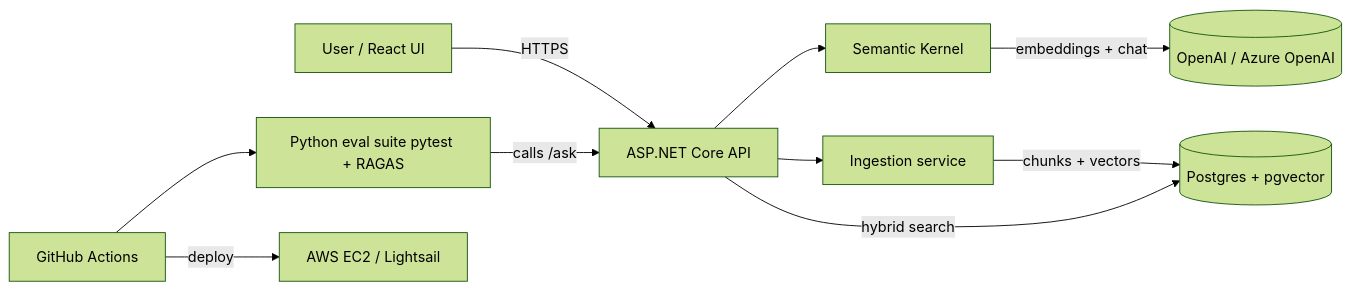
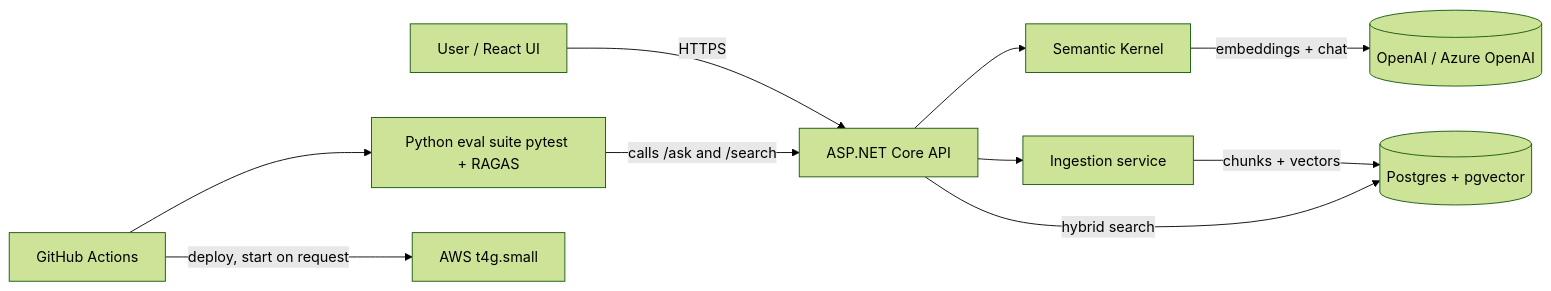
One commit to pburt-dev/testplan-rag-assistant changed the diagram in PLAN.md. Above: the diagram before and after it, drawn with Mermaid (forest theme). The commit also changed other lines of this file and 10 other files, not shown here.

````diff
--- a/PLAN.md
+++ b/PLAN.md
@@ -34,12 +45,12 @@
 ```mermaid
 flowchart LR
   U[User / React UI] -->|HTTPS| API[ASP.NET Core API]
   API --> SK[Semantic Kernel]
   SK -->|embeddings + chat| LLM[(OpenAI / Azure OpenAI)]
   API --> ING[Ingestion service]
   ING -->|chunks + vectors| PG[(Postgres + pgvector)]
   API -->|hybrid search| PG
-  EV[Python eval suite pytest + RAGAS] -->|calls /ask| API
+  EV[Python eval suite pytest + RAGAS] -->|calls /ask and /search| API
   GH[GitHub Actions] --> EV
-  GH -->|deploy| AWS[AWS EC2 / Lightsail]
+  GH -->|deploy, start on request| AWS[AWS t4g.small]
 ```
````
